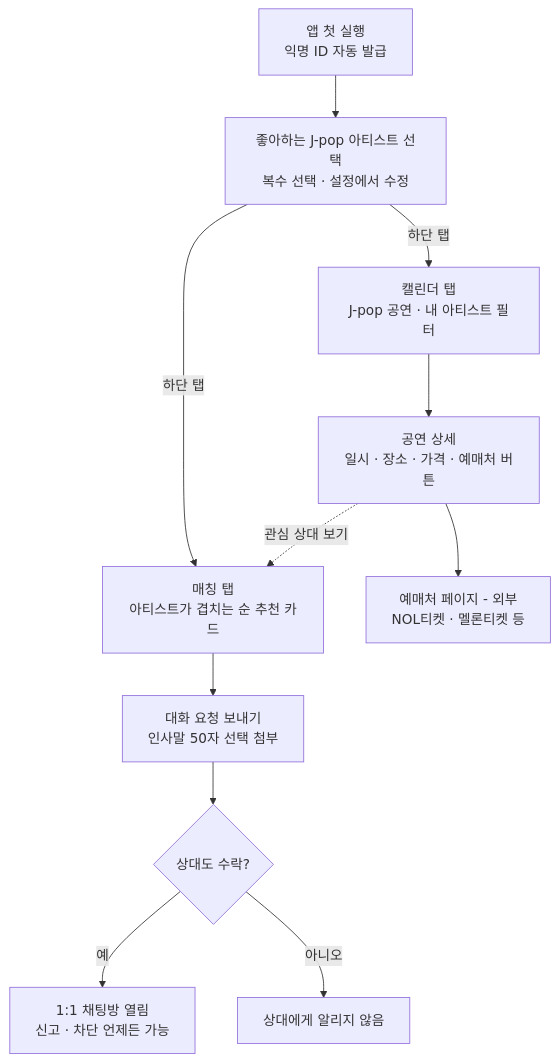
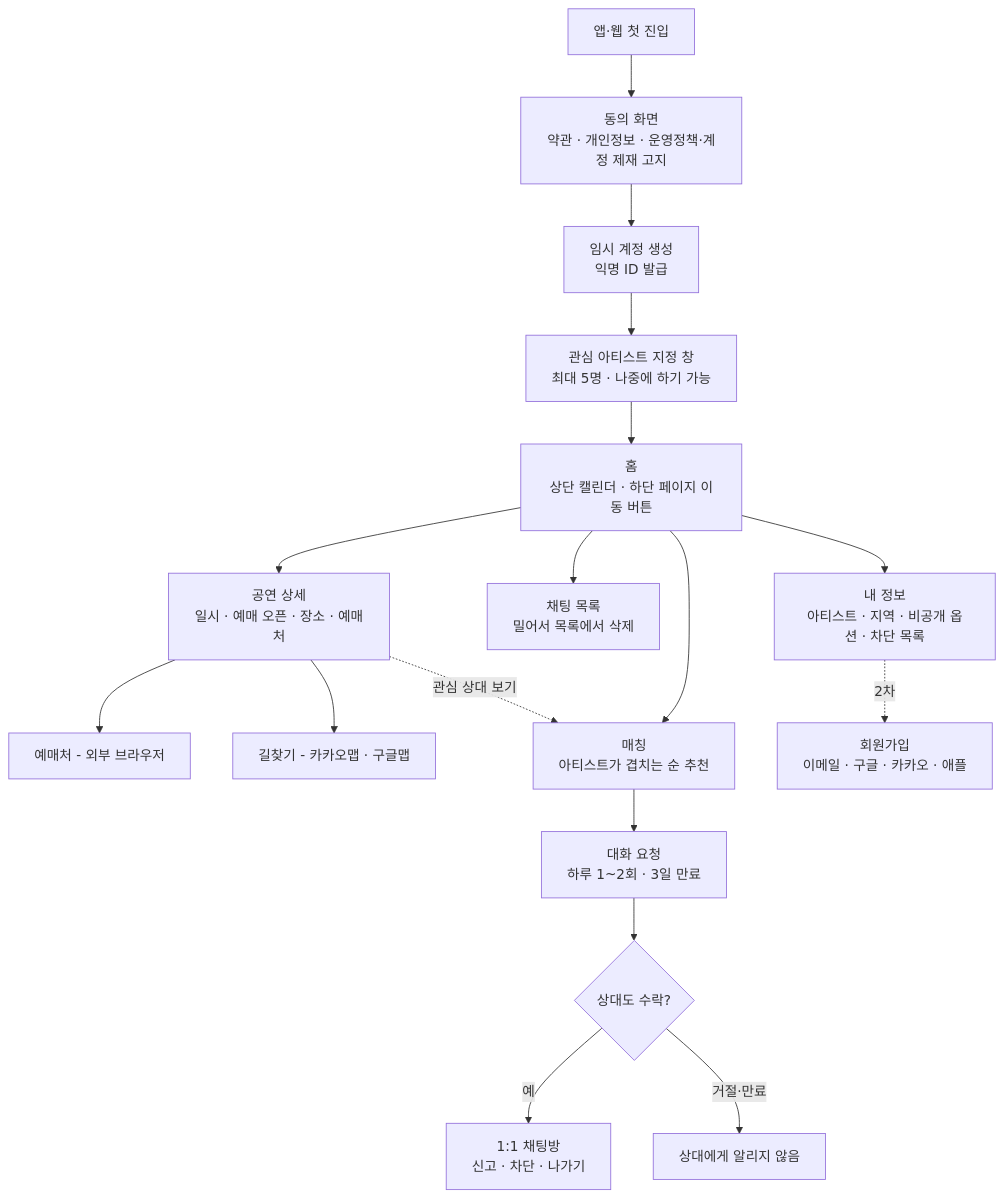
Before and after one commit to yxojh0nn/DUCKCHINSO_proj: the third of 3 diagrams in docs/공연캘린더_취향매칭앱_기획서.md, drawn with Mermaid. The commit also changed other lines of this file and 1 other file, not shown here.

First line of the commit message:
docs: 개발 전 확정 사항 반영, 동의 화면·회원가입·BM·법률 대응 추가

````diff
--- a/docs/공연캘린더_취향매칭앱_기획서.md
+++ b/docs/공연캘린더_취향매칭앱_기획서.md
@@ -300,13 +371,19 @@
 ```mermaid
 flowchart TD
-    A["앱 첫 실행<br/>익명 ID 자동 발급"] --> B["좋아하는 J-pop 아티스트 선택<br/>복수 선택 · 설정에서 수정"]
-    B -- 하단 탭 --> C["캘린더 탭<br/>J-pop 공연 · 내 아티스트 필터"]
-    B -- 하단 탭 --> D["매칭 탭<br/>아티스트가 겹치는 순 추천 카드"]
-    C --> E["공연 상세<br/>일시 · 장소 · 가격 · 예매처 버튼"]
-    E --> G["예매처 페이지 - 외부<br/>NOL티켓 · 멜론티켓 등"]
-    E -. 관심 상대 보기 .-> D
-    D --> F["대화 요청 보내기<br/>인사말 50자 선택 첨부"]
+    S0["앱·웹 첫 진입"] --> S1["동의 화면<br/>약관 · 개인정보 · 운영정책·계정 제재 고지"]
+    S1 --> S2["임시 계정 생성<br/>익명 ID 발급"]
+    S2 --> S3["관심 아티스트 지정 창<br/>최대 5명 · 나중에 하기 가능"]
+    S3 --> H["홈<br/>상단 캘린더 · 하단 페이지 이동 버튼"]
+    H --> E["공연 상세<br/>일시 · 예매 오픈 · 장소 · 예매처"]
+    E --> G["예매처 - 외부 브라우저"]
+    E --> MAP["길찾기 - 카카오맵 · 구글맵"]
+    E -. 관심 상대 보기 .-> D["매칭<br/>아티스트가 겹치는 순 추천"]
+    H --> D
+    D --> F["대화 요청<br/>하루 1~2회 · 3일 만료"]
     F --> X{"상대도 수락?"}
-    X -- 예 --> H["1:1 채팅방 열림<br/>신고 · 차단 언제든 가능"]
-    X -- 아니오 --> N["상대에게 알리지 않음"]
+    X -- 예 --> CH["1:1 채팅방<br/>신고 · 차단 · 나가기"]
+    X -- 거절·만료 --> N["상대에게 알리지 않음"]
+    H --> CL["채팅 목록<br/>밀어서 목록에서 삭제"]
+    H --> ME["내 정보<br/>아티스트 · 지역 · 비공개 옵션 · 차단 목록"]
+    ME -. 2차 .-> JOIN["회원가입<br/>이메일 · 구글 · 카카오 · 애플"]
 ```
````
